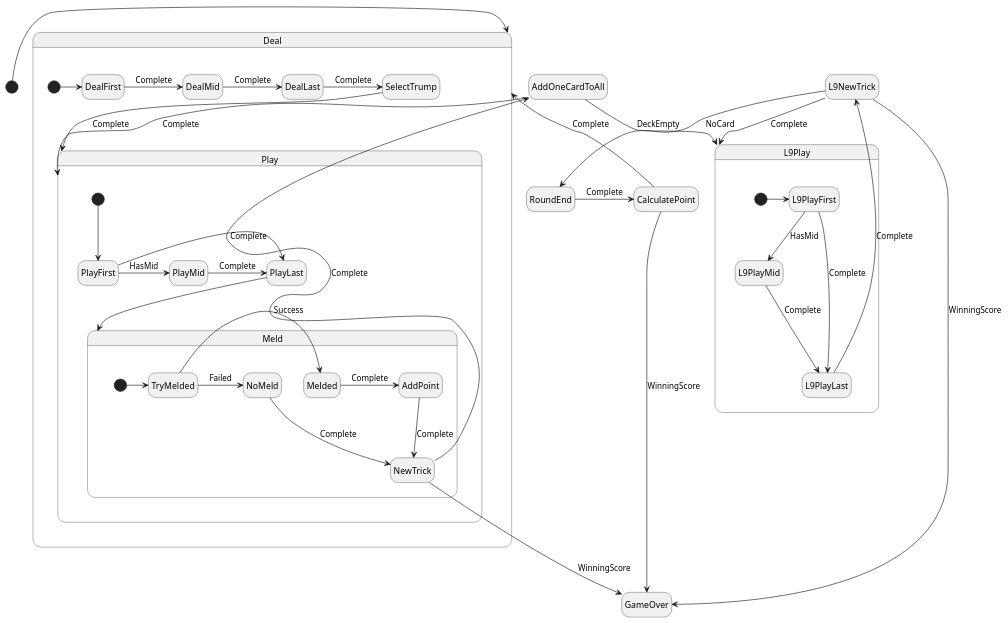
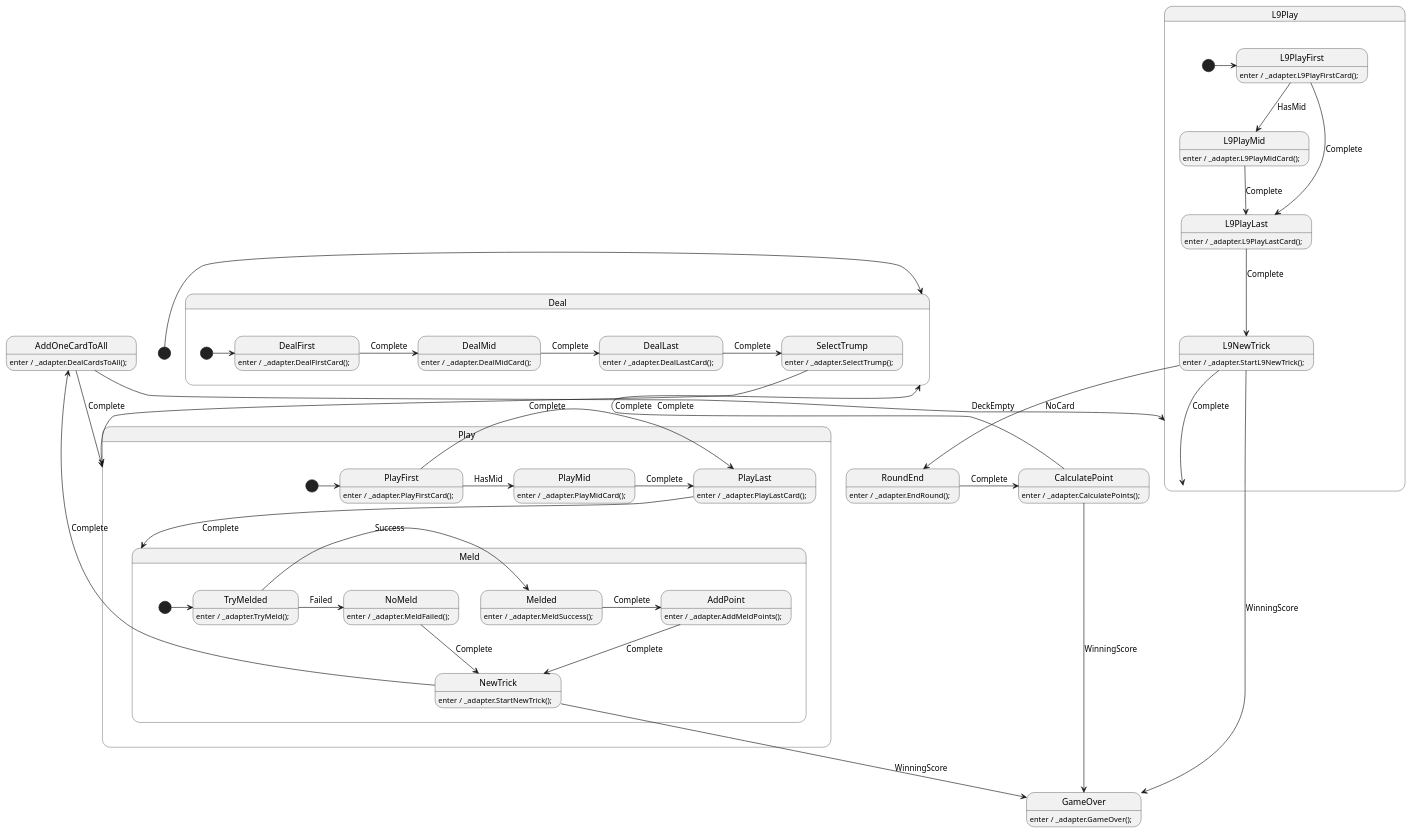
The diagram in BeziqueCore/Bezique.puml (shefat2002/BeziqueCore), drawn with PlantUML before and after one commit. The commit also changed 4 other files, not shown here.

Commit message:
updated diagram

```diff
--- a/BeziqueCore/Bezique.puml
+++ b/BeziqueCore/Bezique.puml
@@ -1,90 +1,124 @@
-@startuml
+@startuml Bezique
 
 /'! $CONFIG : toml
 SmRunnerSettings.transpilerId = "CSharp"
 
 [RenderConfig.CSharp]
-NameSpace =  "BeziqueCore;"
+NameSpace = "BeziqueCore;"
 '/
 
 hide empty description
 skinparam stateMessageAlignment center
 
+' ///////////////////////////// STATE ORGANIZATION ///////////////////////
+
 [*] -> Deal
 
+state Deal {
+    [*] -> DealFirst
 
-state Deal {
     state DealFirst
     state DealMid
     state DealLast
 
-    [*] -> DealFirst
-    DealFirst -> DealMid : Complete 
+    DealFirst : enter / _adapter.DealFirstCard();
+    DealFirst -> DealMid : Complete
+
+    DealMid : enter / _adapter.DealMidCard();
     DealMid -> DealLast : Complete
-    DealLast -> SelectTrump : Complete 
-    SelectTrump --> Play : Complete 
+
+    DealLast : enter / _adapter.DealLastCard();
+    DealLast -> SelectTrump : Complete
 }
 
+state SelectTrump
+SelectTrump : enter / _adapter.SelectTrump();
+SelectTrump --> Play : Complete
+
 state Play {
+    [*] -> PlayFirst
+
     state PlayFirst
     state PlayMid
     state PlayLast
-    
-    [*] --> PlayFirst
+
+    PlayFirst : enter / _adapter.PlayFirstCard();
     PlayFirst -> PlayMid : HasMid
+    PlayFirst -> PlayLast : Complete
+
+    PlayMid : enter / _adapter.PlayMidCard();
     PlayMid -> PlayLast : Complete
-    PlayFirst -> PlayLast : Complete
-    PlayLast --> Meld
+
+    PlayLast : enter / _adapter.PlayLastCard();
+    PlayLast --> Meld : Complete
 }
 
-state Meld{
+state Meld {
     [*] -> TryMelded
+
+    state TryMelded
     state Melded
     state NoMeld
-    
+
+    TryMelded : enter / _adapter.TryMeld();
     TryMelded -> Melded : Success
     TryMelded -> NoMeld : Failed
-    
+
+    Melded : enter / _adapter.MeldSuccess();
     Melded -> AddPoint : Complete
+
+    NoMeld : enter / _adapter.MeldFailed();
     NoMeld --> NewTrick : Complete
-    
 }
 
-
+state AddPoint
+AddPoint : enter / _adapter.AddMeldPoints();
 AddPoint --> NewTrick : Complete
 
+state NewTrick
+NewTrick : enter / _adapter.StartNewTrick();
 NewTrick -> AddOneCardToAll : Complete
+NewTrick --> GameOver : WinningScore
 
+state AddOneCardToAll
+AddOneCardToAll : enter / _adapter.DealCardsToAll();
 AddOneCardToAll --> Play : Complete
-
 AddOneCardToAll --> L9Play : DeckEmpty
 
-state L9Play{
+state L9Play {
+    [*] -> L9PlayFirst
+
     state L9PlayFirst
     state L9PlayMid
     state L9PlayLast
-    
-    [*]-> L9PlayFirst
+
+    L9PlayFirst : enter / _adapter.L9PlayFirstCard();
     L9PlayFirst --> L9PlayMid : HasMid
+    L9PlayFirst --> L9PlayLast : Complete
+
+    L9PlayMid : enter / _adapter.L9PlayMidCard();
     L9PlayMid --> L9PlayLast : Complete
-    L9PlayFirst --> L9PlayLast : Complete
+
+    L9PlayLast : enter / _adapter.L9PlayLastCard();
+    L9PlayLast --> L9NewTrick : Complete
 }
 
-L9PlayLast --> L9NewTrick : Complete
+state L9NewTrick
+L9NewTrick : enter / _adapter.StartL9NewTrick();
 L9NewTrick --> L9Play : Complete
+L9NewTrick --> RoundEnd : NoCard
+L9NewTrick --> GameOver : WinningScore
 
-L9NewTrick --> RoundEnd : NoCard
+state RoundEnd
+RoundEnd : enter / _adapter.EndRound();
+RoundEnd -> CalculatePoint : Complete
+
+state CalculatePoint
+CalculatePoint : enter / _adapter.CalculatePoints();
 CalculatePoint --> Deal : Complete
+CalculatePoint --> GameOver : WinningScore
 
-
-RoundEnd -> CalculatePoint : Complete
-CalculatePoint -> GameOver : WinningScore
-NewTrick --> GameOver : WinningScore
-L9NewTrick -> GameOver : WinningScore
-
-
-
-
-
+state GameOver
+GameOver : enter / _adapter.GameOver();
 
 @enduml
```
